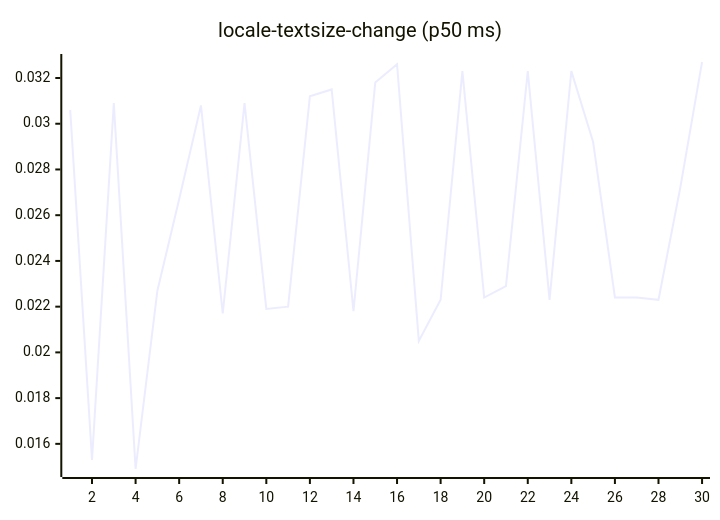
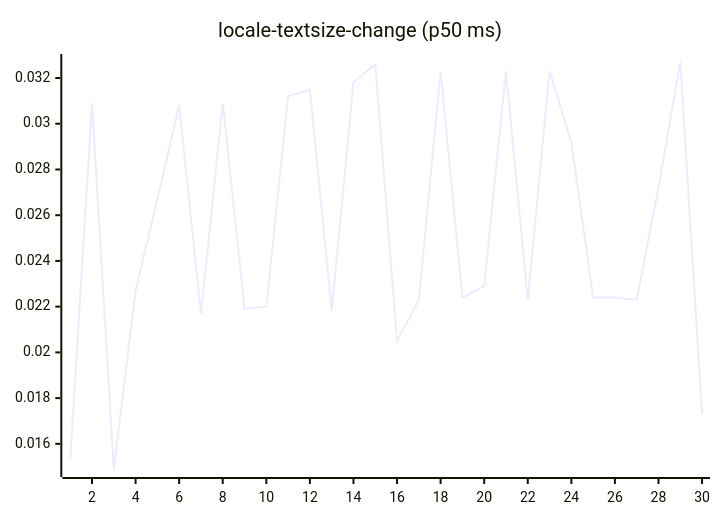
Before and after one commit to josha/Facet: diagram 13 of 27 in README.md, drawn with Mermaid. The commit also changed other lines of this file and 2 other files, not shown here.

````diff
--- a/README.md
+++ b/README.md
@@ -147,6 +147,6 @@
 ```mermaid
 xychart-beta
     title "locale-textsize-change (p50 ms)"
     x-axis 1 --> 30
-    line [0.0306, 0.0153, 0.0309, 0.0149, 0.0227, 0.0267, 0.0308, 0.0217, 0.0309, 0.0219, 0.0220, 0.0312, 0.0315, 0.0218, 0.0318, 0.0326, 0.0205, 0.0223, 0.0323, 0.0224, 0.0229, 0.0323, 0.0223, 0.0323, 0.0292, 0.0224, 0.0224, 0.0223, 0.0272, 0.0327]
+    line [0.0153, 0.0309, 0.0149, 0.0227, 0.0267, 0.0308, 0.0217, 0.0309, 0.0219, 0.0220, 0.0312, 0.0315, 0.0218, 0.0318, 0.0326, 0.0205, 0.0223, 0.0323, 0.0224, 0.0229, 0.0323, 0.0223, 0.0323, 0.0292, 0.0224, 0.0224, 0.0223, 0.0272, 0.0327, 0.0173]
 ```
````
